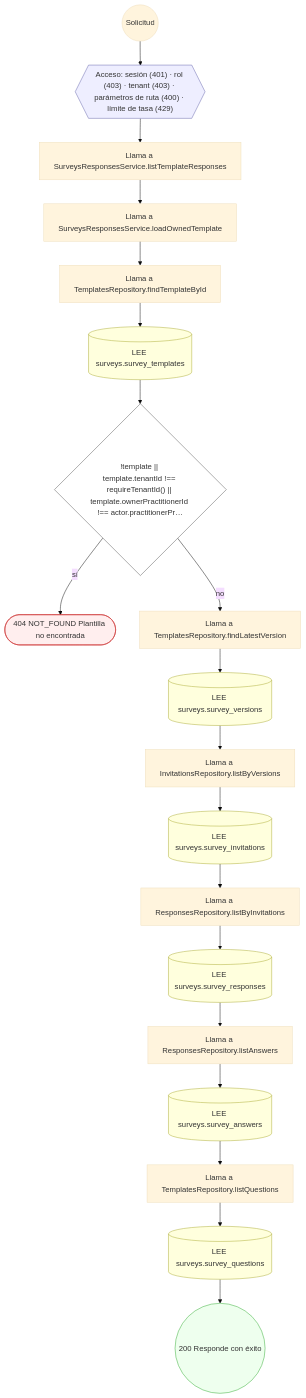
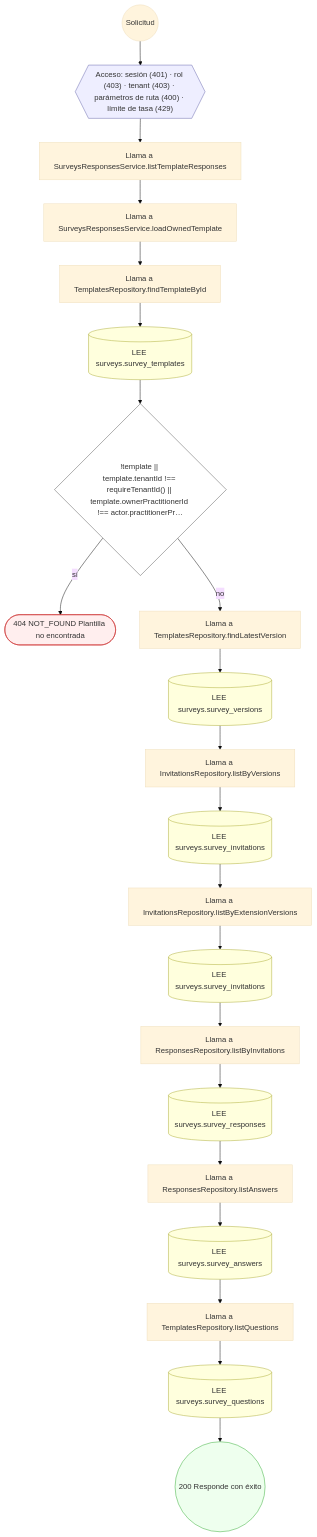
Diagram 17 of 19 in docs/inventario/flujos/surveys.md (mdavila-2001/mantra-core-health-api), drawn with Mermaid (base theme) before and after one commit. The commit also changed other lines of this file and 205 other files, not shown here.

````diff
--- a/docs/inventario/flujos/surveys.md
+++ b/docs/inventario/flujos/surveys.md
@@ -1273,46 +1603,50 @@
 ```mermaid
 flowchart TD
   n1(("Solicitud")):::inicio
   n2{{"Acceso: sesión (401) · rol (403) · tenant (403) · parámetros de ruta (400) · límite de tasa (429)"}}:::acceso
   n1 --> n2
   n3["Llama a SurveysResponsesService.listTemplateResponses"]:::llamada
   n2 --> n3
   n4["Llama a SurveysResponsesService.loadOwnedTemplate"]:::llamada
   n3 --> n4
   n5["Llama a TemplatesRepository.findTemplateById"]:::llamada
   n4 --> n5
   n6[("LEE surveys.survey_templates")]:::efecto
   n5 --> n6
   n7{"!template || template.tenantId !== requireTenantId() || template.ownerPractitionerId !== actor.practitionerPr…"}:::decision
   n6 --> n7
   n8(["404 NOT_FOUND Plantilla no encontrada"]):::error
   n7 -->|"sí"| n8
   n9["Llama a TemplatesRepository.findLatestVersion"]:::llamada
   n7 -->|"no"| n9
   n10[("LEE surveys.survey_versions")]:::efecto
   n9 --> n10
   n11["Llama a InvitationsRepository.listByVersions"]:::llamada
   n10 --> n11
   n12[("LEE surveys.survey_invitations")]:::efecto
   n11 --> n12
-  n13["Llama a ResponsesRepository.listByInvitations"]:::llamada
+  n13["Llama a InvitationsRepository.listByExtensionVersions"]:::llamada
   n12 --> n13
-  n14[("LEE surveys.survey_responses")]:::efecto
+  n14[("LEE surveys.survey_invitations")]:::efecto
   n13 --> n14
-  n15["Llama a ResponsesRepository.listAnswers"]:::llamada
+  n15["Llama a ResponsesRepository.listByInvitations"]:::llamada
   n14 --> n15
-  n16[("LEE surveys.survey_answers")]:::efecto
+  n16[("LEE surveys.survey_responses")]:::efecto
   n15 --> n16
-  n17["Llama a TemplatesRepository.listQuestions"]:::llamada
+  n17["Llama a ResponsesRepository.listAnswers"]:::llamada
   n16 --> n17
-  n18[("LEE surveys.survey_questions")]:::efecto
+  n18[("LEE surveys.survey_answers")]:::efecto
   n17 --> n18
-  n19(("200 Responde con éxito")):::ok
+  n19["Llama a TemplatesRepository.listQuestions"]:::llamada
   n18 --> n19
+  n20[("LEE surveys.survey_questions")]:::efecto
+  n19 --> n20
+  n21(("200 Responde con éxito")):::ok
+  n20 --> n21
   classDef acceso fill:#eef,stroke:#66a
   classDef error fill:#fee,stroke:#c33
   classDef ok fill:#efe,stroke:#3a3
   classDef efecto fill:#ffd,stroke:#aa3
   classDef decision fill:#fff,stroke:#555
   classDef corte fill:#eee,stroke:#999,stroke-dasharray: 4
 ```
````
